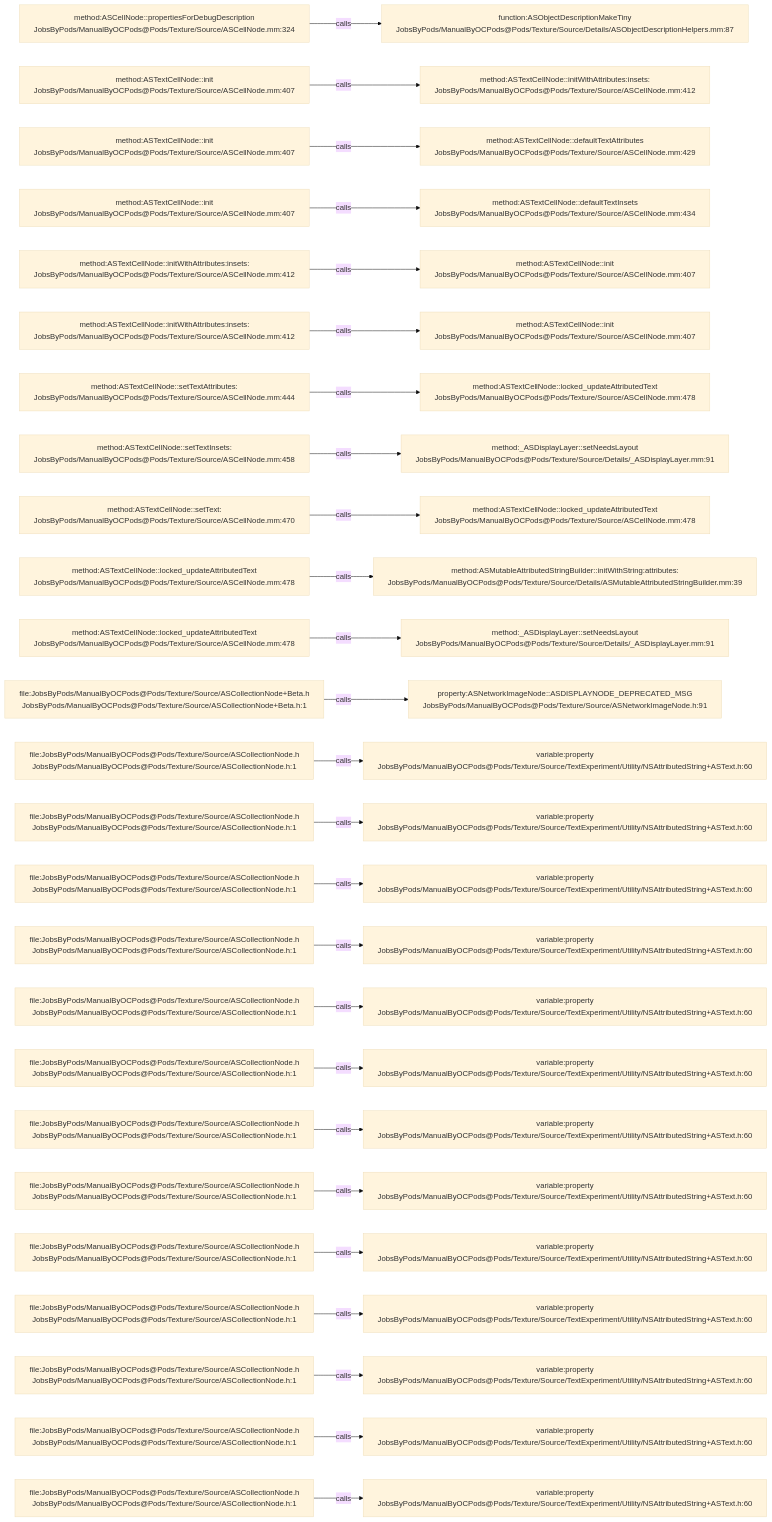
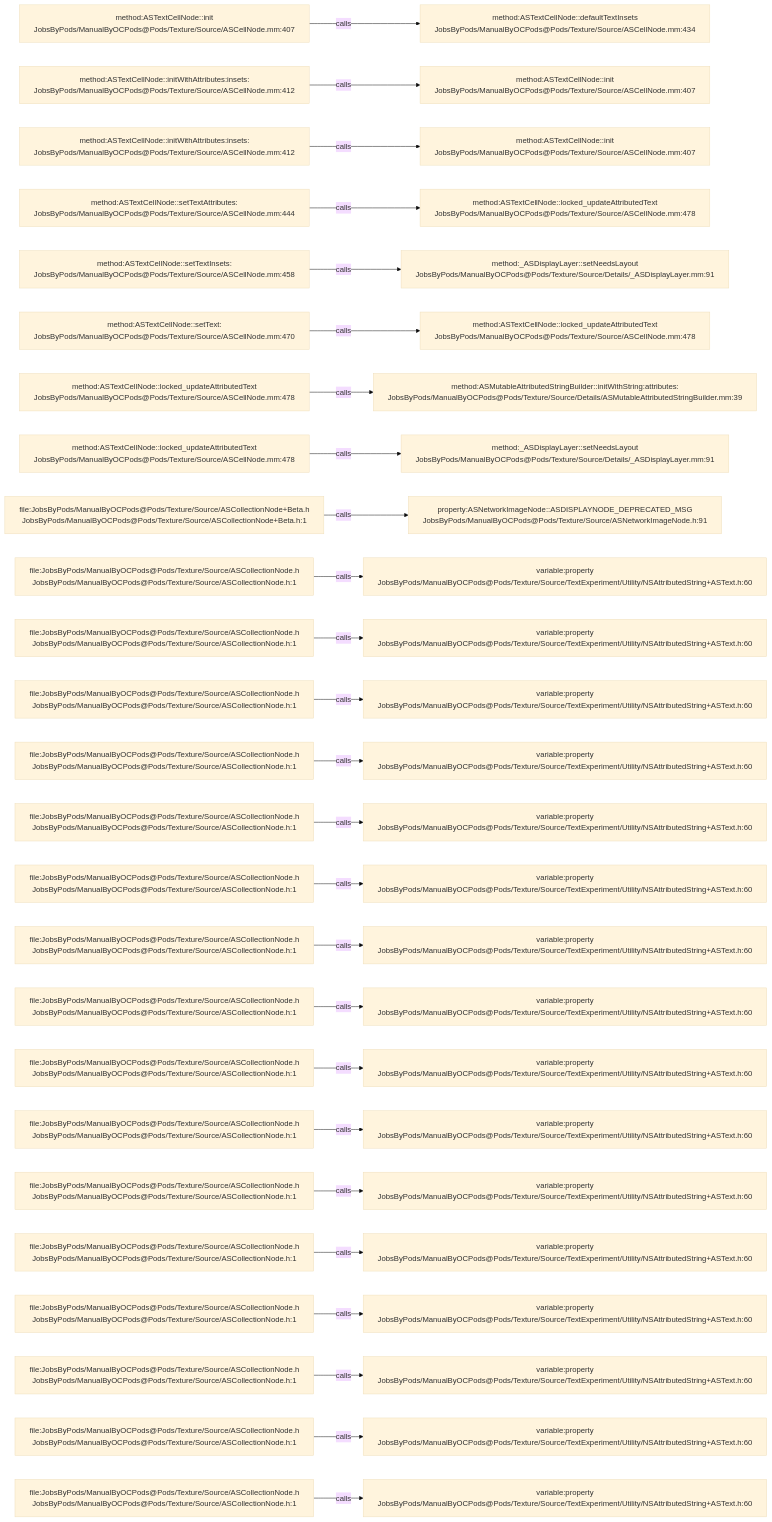
One commit to JobsKits/JobsOCBaseConfigDemo changed the diagram in .codegraph/codegraph.md/graphs/calls-076.md. Above: the diagram before and after it, drawn with Mermaid (base theme). The commit also changed 342 other files, not shown here.

````diff
--- a/.codegraph/codegraph.md/graphs/calls-076.md
+++ b/.codegraph/codegraph.md/graphs/calls-076.md
@@ -13,78 +13,78 @@
 ```mermaid
 flowchart LR
-  S1["method:ASCellNode::propertiesForDebugDescription<br/>JobsByPods/ManualByOCPods@Pods/Texture/Source/ASCellNode.mm:324"]
-  T1["function:ASObjectDescriptionMakeTiny<br/>JobsByPods/ManualByOCPods@Pods/Texture/Source/Details/ASObjectDescriptionHelpers.mm:87"]
+  S1["method:ASTextCellNode::init<br/>JobsByPods/ManualByOCPods@Pods/Texture/Source/ASCellNode.mm:407"]
+  T1["method:ASTextCellNode::defaultTextInsets<br/>JobsByPods/ManualByOCPods@Pods/Texture/Source/ASCellNode.mm:434"]
   S1 -->|calls| T1
-  S2["method:ASTextCellNode::init<br/>JobsByPods/ManualByOCPods@Pods/Texture/Source/ASCellNode.mm:407"]
-  T2["method:ASTextCellNode::initWithAttributes:insets:<br/>JobsByPods/ManualByOCPods@Pods/Texture/Source/ASCellNode.mm:412"]
+  S2["method:ASTextCellNode::initWithAttributes:insets:<br/>JobsByPods/ManualByOCPods@Pods/Texture/Source/ASCellNode.mm:412"]
+  T2["method:ASTextCellNode::init<br/>JobsByPods/ManualByOCPods@Pods/Texture/Source/ASCellNode.mm:407"]
   S2 -->|calls| T2
-  S3["method:ASTextCellNode::init<br/>JobsByPods/ManualByOCPods@Pods/Texture/Source/ASCellNode.mm:407"]
-  T3["method:ASTextCellNode::defaultTextAttributes<br/>JobsByPods/ManualByOCPods@Pods/Texture/Source/ASCellNode.mm:429"]
+  S3["method:ASTextCellNode::initWithAttributes:insets:<br/>JobsByPods/ManualByOCPods@Pods/Texture/Source/ASCellNode.mm:412"]
+  T3["method:ASTextCellNode::init<br/>JobsByPods/ManualByOCPods@Pods/Texture/Source/ASCellNode.mm:407"]
   S3 -->|calls| T3
-  S4["method:ASTextCellNode::init<br/>JobsByPods/ManualByOCPods@Pods/Texture/Source/ASCellNode.mm:407"]
-  T4["method:ASTextCellNode::defaultTextInsets<br/>JobsByPods/ManualByOCPods@Pods/Texture/Source/ASCellNode.mm:434"]
+  S4["method:ASTextCellNode::setTextAttributes:<br/>JobsByPods/ManualByOCPods@Pods/Texture/Source/ASCellNode.mm:444"]
+  T4["method:ASTextCellNode::locked_updateAttributedText<br/>JobsByPods/ManualByOCPods@Pods/Texture/Source/ASCellNode.mm:478"]
   S4 -->|calls| T4
-  S5["method:ASTextCellNode::initWithAttributes:insets:<br/>JobsByPods/ManualByOCPods@Pods/Texture/Source/ASCellNode.mm:412"]
-  T5["method:ASTextCellNode::init<br/>JobsByPods/ManualByOCPods@Pods/Texture/Source/ASCellNode.mm:407"]
+  S5["method:ASTextCellNode::setTextInsets:<br/>JobsByPods/ManualByOCPods@Pods/Texture/Source/ASCellNode.mm:458"]
+  T5["method:_ASDisplayLayer::setNeedsLayout<br/>JobsByPods/ManualByOCPods@Pods/Texture/Source/Details/_ASDisplayLayer.mm:91"]
   S5 -->|calls| T5
-  S6["method:ASTextCellNode::initWithAttributes:insets:<br/>JobsByPods/ManualByOCPods@Pods/Texture/Source/ASCellNode.mm:412"]
-  T6["method:ASTextCellNode::init<br/>JobsByPods/ManualByOCPods@Pods/Texture/Source/ASCellNode.mm:407"]
+  S6["method:ASTextCellNode::setText:<br/>JobsByPods/ManualByOCPods@Pods/Texture/Source/ASCellNode.mm:470"]
+  T6["method:ASTextCellNode::locked_updateAttributedText<br/>JobsByPods/ManualByOCPods@Pods/Texture/Source/ASCellNode.mm:478"]
   S6 -->|calls| T6
-  S7["method:ASTextCellNode::setTextAttributes:<br/>JobsByPods/ManualByOCPods@Pods/Texture/Source/ASCellNode.mm:444"]
-  T7["method:ASTextCellNode::locked_updateAttributedText<br/>JobsByPods/ManualByOCPods@Pods/Texture/Source/ASCellNode.mm:478"]
+  S7["method:ASTextCellNode::locked_updateAttributedText<br/>JobsByPods/ManualByOCPods@Pods/Texture/Source/ASCellNode.mm:478"]
+  T7["method:ASMutableAttributedStringBuilder::initWithString:attributes:<br/>JobsByPods/ManualByOCPods@Pods/Texture/Source/Details/ASMutableAttributedStringBuilder.mm:39"]
   S7 -->|calls| T7
-  S8["method:ASTextCellNode::setTextInsets:<br/>JobsByPods/ManualByOCPods@Pods/Texture/Source/ASCellNode.mm:458"]
+  S8["method:ASTextCellNode::locked_updateAttributedText<br/>JobsByPods/ManualByOCPods@Pods/Texture/Source/ASCellNode.mm:478"]
   T8["method:_ASDisplayLayer::setNeedsLayout<br/>JobsByPods/ManualByOCPods@Pods/Texture/Source/Details/_ASDisplayLayer.mm:91"]
   S8 -->|calls| T8
-  S9["method:ASTextCellNode::setText:<br/>JobsByPods/ManualByOCPods@Pods/Texture/Source/ASCellNode.mm:470"]
-  T9["method:ASTextCellNode::locked_updateAttributedText<br/>JobsByPods/ManualByOCPods@Pods/Texture/Source/ASCellNode.mm:478"]
+  S9["file:JobsByPods/ManualByOCPods@Pods/Texture/Source/ASCollectionNode+Beta.h<br/>JobsByPods/ManualByOCPods@Pods/Texture/Source/ASCollectionNode+Beta.h:1"]
+  T9["property:ASNetworkImageNode::ASDISPLAYNODE_DEPRECATED_MSG<br/>JobsByPods/ManualByOCPods@Pods/Texture/Source/ASNetworkImageNode.h:91"]
   S9 -->|calls| T9
-  S10["method:ASTextCellNode::locked_updateAttributedText<br/>JobsByPods/ManualByOCPods@Pods/Texture/Source/ASCellNode.mm:478"]
-  T10["method:ASMutableAttributedStringBuilder::initWithString:attributes:<br/>JobsByPods/ManualByOCPods@Pods/Texture/Source/Details/ASMutableAttributedStringBuilder.mm:39"]
+  S10["file:JobsByPods/ManualByOCPods@Pods/Texture/Source/ASCollectionNode.h<br/>JobsByPods/ManualByOCPods@Pods/Texture/Source/ASCollectionNode.h:1"]
+  T10["variable:property<br/>JobsByPods/ManualByOCPods@Pods/Texture/Source/TextExperiment/Utility/NSAttributedString+ASText.h:60"]
   S10 -->|calls| T10
-  S11["method:ASTextCellNode::locked_updateAttributedText<br/>JobsByPods/ManualByOCPods@Pods/Texture/Source/ASCellNode.mm:478"]
-  T11["method:_ASDisplayLayer::setNeedsLayout<br/>JobsByPods/ManualByOCPods@Pods/Texture/Source/Details/_ASDisplayLayer.mm:91"]
+  S11["file:JobsByPods/ManualByOCPods@Pods/Texture/Source/ASCollectionNode.h<br/>JobsByPods/ManualByOCPods@Pods/Texture/Source/ASCollectionNode.h:1"]
+  T11["variable:property<br/>JobsByPods/ManualByOCPods@Pods/Texture/Source/TextExperiment/Utility/NSAttributedString+ASText.h:60"]
   S11 -->|calls| T11
-  S12["file:JobsByPods/ManualByOCPods@Pods/Texture/Source/ASCollectionNode+Beta.h<br/>JobsByPods/ManualByOCPods@Pods/Texture/Source/ASCollectionNode+Beta.h:1"]
-  T12["property:ASNetworkImageNode::ASDISPLAYNODE_DEPRECATED_MSG<br/>JobsByPods/ManualByOCPods@Pods/Texture/Source/ASNetworkImageNode.h:91"]
+  S12["file:JobsByPods/ManualByOCPods@Pods/Texture/Source/ASCollectionNode.h<br/>JobsByPods/ManualByOCPods@Pods/Texture/Source/ASCollectionNode.h:1"]
+  T12["variable:property<br/>JobsByPods/ManualByOCPods@Pods/Texture/Source/TextExperiment/Utility/NSAttributedString+ASText.h:60"]
   S12 -->|calls| T12
   S13["file:JobsByPods/ManualByOCPods@Pods/Texture/Source/ASCollectionNode.h<br/>JobsByPods/ManualByOCPods@Pods/Texture/Source/ASCollectionNode.h:1"]
   T13["variable:property<br/>JobsByPods/ManualByOCPods@Pods/Texture/Source/TextExperiment/Utility/NSAttributedString+ASText.h:60"]
   S13 -->|calls| T13
   S14["file:JobsByPods/ManualByOCPods@Pods/Texture/Source/ASCollectionNode.h<br/>JobsByPods/ManualByOCPods@Pods/Texture/Source/ASCollectionNode.h:1"]
   T14["variable:property<br/>JobsByPods/ManualByOCPods@Pods/Texture/Source/TextExperiment/Utility/NSAttributedString+ASText.h:60"]
   S14 -->|calls| T14
   S15["file:JobsByPods/ManualByOCPods@Pods/Texture/Source/ASCollectionNode.h<br/>JobsByPods/ManualByOCPods@Pods/Texture/Source/ASCollectionNode.h:1"]
   T15["variable:property<br/>JobsByPods/ManualByOCPods@Pods/Texture/Source/TextExperiment/Utility/NSAttributedString+ASText.h:60"]
   S15 -->|calls| T15
   S16["file:JobsByPods/ManualByOCPods@Pods/Texture/Source/ASCollectionNode.h<br/>JobsByPods/ManualByOCPods@Pods/Texture/Source/ASCollectionNode.h:1"]
   T16["variable:property<br/>JobsByPods/ManualByOCPods@Pods/Texture/Source/TextExperiment/Utility/NSAttributedString+ASText.h:60"]
   S16 -->|calls| T16
   S17["file:JobsByPods/ManualByOCPods@Pods/Texture/Source/ASCollectionNode.h<br/>JobsByPods/ManualByOCPods@Pods/Texture/Source/ASCollectionNode.h:1"]
   T17["variable:property<br/>JobsByPods/ManualByOCPods@Pods/Texture/Source/TextExperiment/Utility/NSAttributedString+ASText.h:60"]
   S17 -->|calls| T17
   S18["file:JobsByPods/ManualByOCPods@Pods/Texture/Source/ASCollectionNode.h<br/>JobsByPods/ManualByOCPods@Pods/Texture/Source/ASCollectionNode.h:1"]
   T18["variable:property<br/>JobsByPods/ManualByOCPods@Pods/Texture/Source/TextExperiment/Utility/NSAttributedString+ASText.h:60"]
   S18 -->|calls| T18
   S19["file:JobsByPods/ManualByOCPods@Pods/Texture/Source/ASCollectionNode.h<br/>JobsByPods/ManualByOCPods@Pods/Texture/Source/ASCollectionNode.h:1"]
   T19["variable:property<br/>JobsByPods/ManualByOCPods@Pods/Texture/Source/TextExperiment/Utility/NSAttributedString+ASText.h:60"]
   S19 -->|calls| T19
   S20["file:JobsByPods/ManualByOCPods@Pods/Texture/Source/ASCollectionNode.h<br/>JobsByPods/ManualByOCPods@Pods/Texture/Source/ASCollectionNode.h:1"]
   T20["variable:property<br/>JobsByPods/ManualByOCPods@Pods/Texture/Source/TextExperiment/Utility/NSAttributedString+ASText.h:60"]
   S20 -->|calls| T20
   S21["file:JobsByPods/ManualByOCPods@Pods/Texture/Source/ASCollectionNode.h<br/>JobsByPods/ManualByOCPods@Pods/Texture/Source/ASCollectionNode.h:1"]
   T21["variable:property<br/>JobsByPods/ManualByOCPods@Pods/Texture/Source/TextExperiment/Utility/NSAttributedString+ASText.h:60"]
   S21 -->|calls| T21
   S22["file:JobsByPods/ManualByOCPods@Pods/Texture/Source/ASCollectionNode.h<br/>JobsByPods/ManualByOCPods@Pods/Texture/Source/ASCollectionNode.h:1"]
   T22["variable:property<br/>JobsByPods/ManualByOCPods@Pods/Texture/Source/TextExperiment/Utility/NSAttributedString+ASText.h:60"]
   S22 -->|calls| T22
   S23["file:JobsByPods/ManualByOCPods@Pods/Texture/Source/ASCollectionNode.h<br/>JobsByPods/ManualByOCPods@Pods/Texture/Source/ASCollectionNode.h:1"]
   T23["variable:property<br/>JobsByPods/ManualByOCPods@Pods/Texture/Source/TextExperiment/Utility/NSAttributedString+ASText.h:60"]
   S23 -->|calls| T23
   S24["file:JobsByPods/ManualByOCPods@Pods/Texture/Source/ASCollectionNode.h<br/>JobsByPods/ManualByOCPods@Pods/Texture/Source/ASCollectionNode.h:1"]
   T24["variable:property<br/>JobsByPods/ManualByOCPods@Pods/Texture/Source/TextExperiment/Utility/NSAttributedString+ASText.h:60"]
   S24 -->|calls| T24
   S25["file:JobsByPods/ManualByOCPods@Pods/Texture/Source/ASCollectionNode.h<br/>JobsByPods/ManualByOCPods@Pods/Texture/Source/ASCollectionNode.h:1"]
   T25["variable:property<br/>JobsByPods/ManualByOCPods@Pods/Texture/Source/TextExperiment/Utility/NSAttributedString+ASText.h:60"]
   S25 -->|calls| T25
 ```
````
